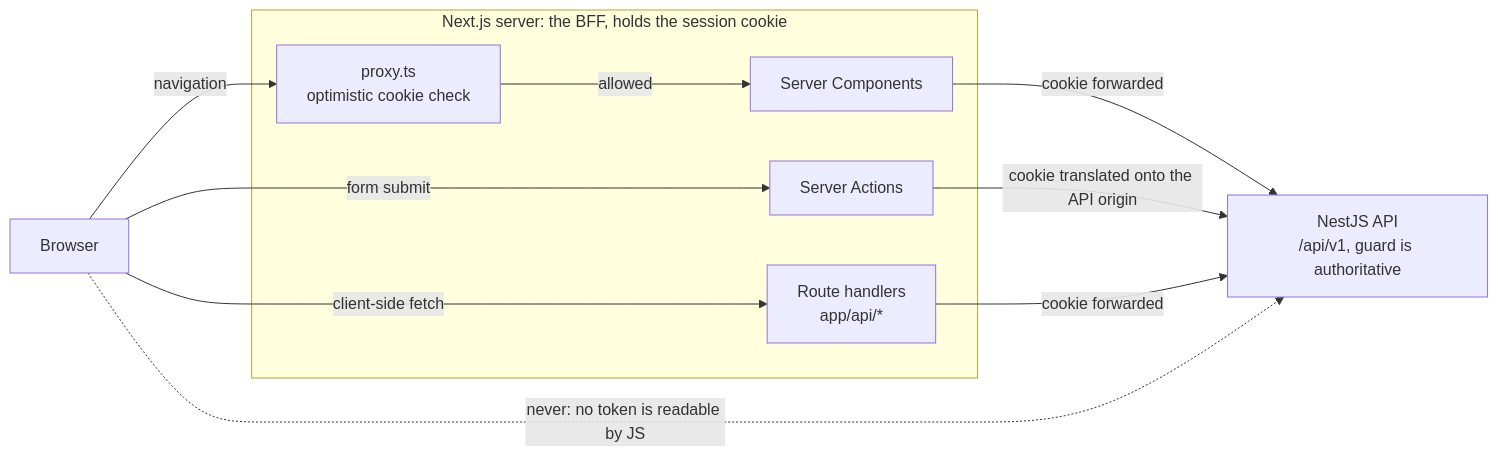
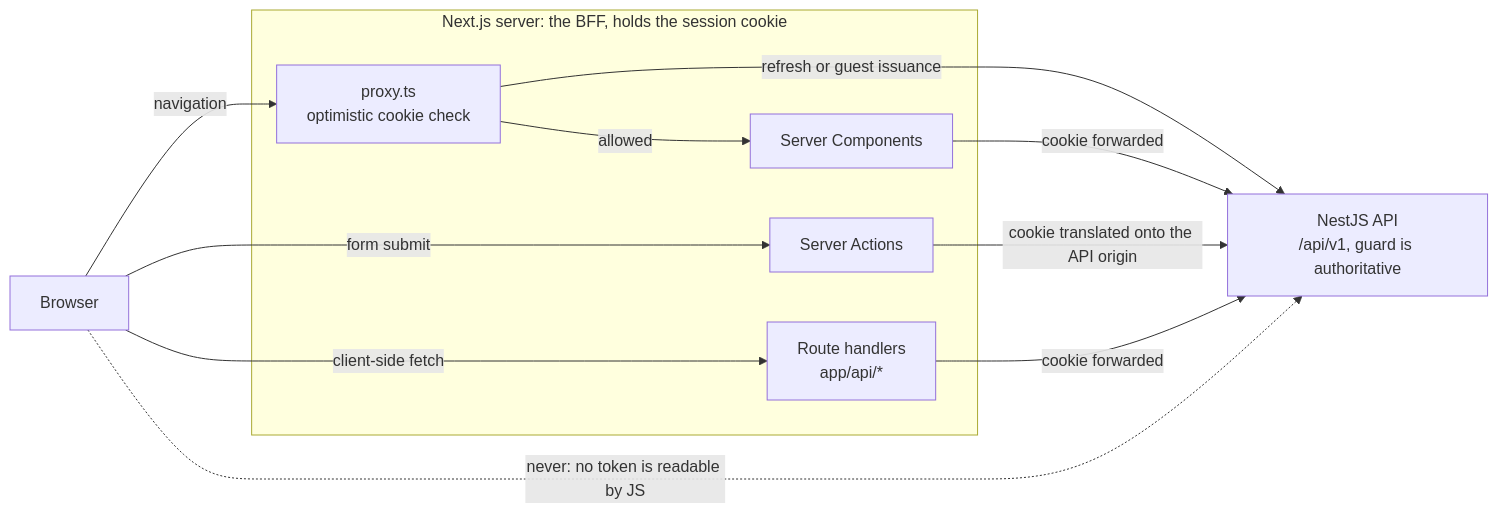
One commit to gBoole01/sdd-typing-game changed the second of 4 diagrams in ARCHITECTURE.md. Above: the diagram before and after it, drawn with Mermaid. The commit also changed other lines of this file and 5 other files, not shown here.

````diff
--- a/ARCHITECTURE.md
+++ b/ARCHITECTURE.md
@@ -201,20 +204,21 @@
 ```mermaid
 flowchart LR
     B["Browser"]
     subgraph bff["Next.js server: the BFF, holds the session cookie"]
         PX["proxy.ts<br/>optimistic cookie check"]
         RSC["Server Components"]
         SA["Server Actions"]
         RH["Route handlers<br/>app/api/*"]
     end
     N["NestJS API<br/>/api/v1, guard is authoritative"]
 
     B -->|"navigation"| PX
+    PX -->|"refresh or guest issuance"| N
     PX -->|"allowed"| RSC
     B -->|"form submit"| SA
     B -->|"client-side fetch"| RH
     RSC -->|"cookie forwarded"| N
     SA -->|"cookie translated onto the API origin"| N
     RH -->|"cookie forwarded"| N
     B -.->|"never: no token is readable by JS"| N
 ```
````
